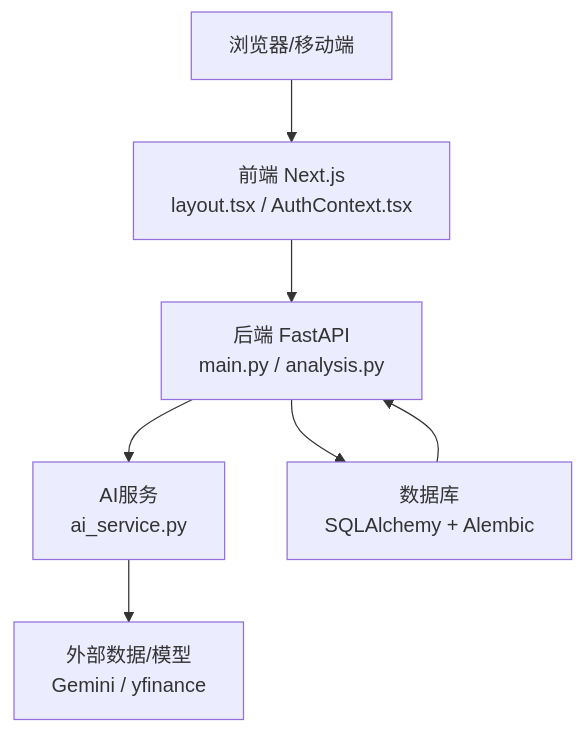
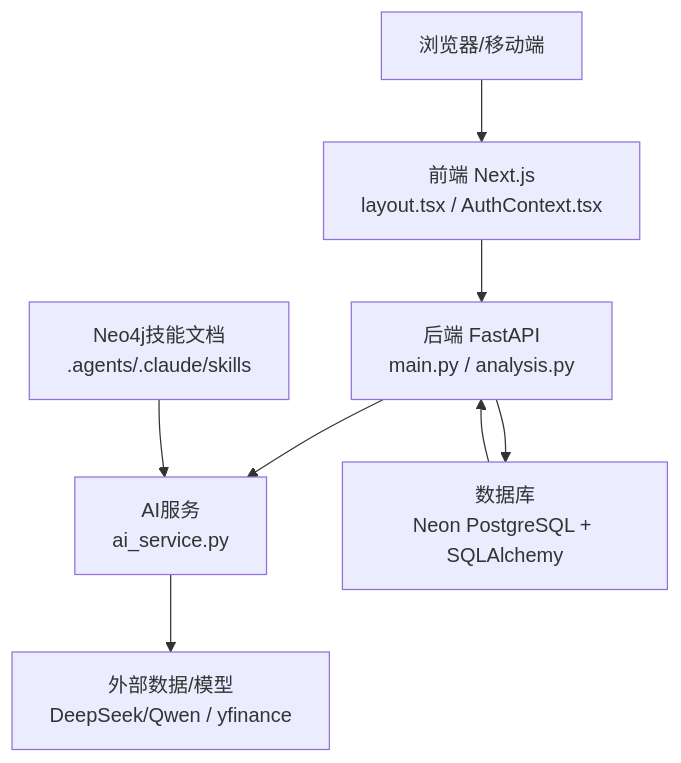
The second of 8 diagrams in .qoder/repowiki/zh/content/项目概述/项目概述.md (breeze-lyf/ai-stock-advisor), drawn with Mermaid before and after one commit. The commit also changed other lines of this file and 43 other files, not shown here.

````diff
--- a/.qoder/repowiki/zh/content/项目概述/项目概述.md
+++ b/.qoder/repowiki/zh/content/项目概述/项目概述.md
@@ -124,15 +156,17 @@
 ```mermaid
 graph TB
 Client["浏览器/移动端"]
 FE["前端 Next.js<br/>layout.tsx / AuthContext.tsx"]
 API["后端 FastAPI<br/>main.py / analysis.py"]
 Svc["AI服务<br/>ai_service.py"]
-DB["数据库<br/>SQLAlchemy + Alembic"]
-Ext["外部数据/模型<br/>Gemini / yfinance"]
+DB["数据库<br/>Neon PostgreSQL + SQLAlchemy"]
+Ext["外部数据/模型<br/>DeepSeek/Qwen / yfinance"]
+Skill["Neo4j技能文档<br/>.agents/.claude/skills"]
 Client --> FE
 FE --> API
 API --> Svc
 API --> DB
 Svc --> Ext
 DB --> API
+Skill --> Svc
 ```
````
